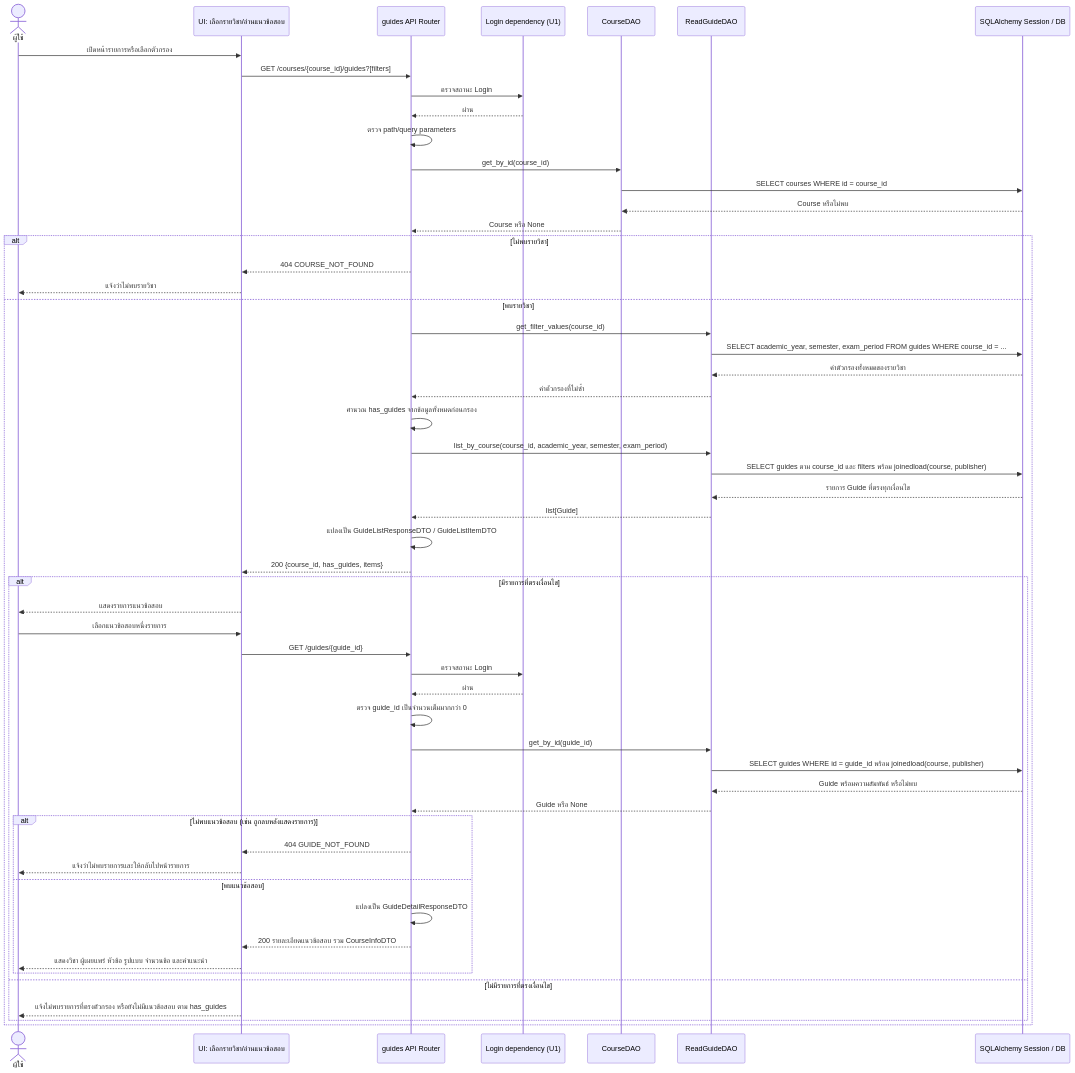
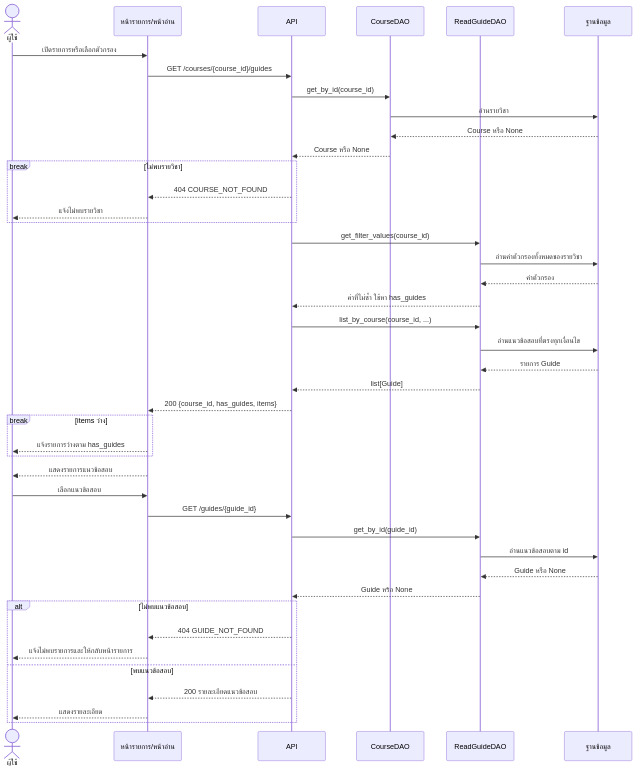
One commit to Lilieay/CS261-Group4-Project changed the diagram in docs/U3/Task37-sequence-diagram.md. Above: the diagram before and after it, drawn with Mermaid. The commit also changed other lines of this file, not shown here.

Commit message:
docs: simplify and clarify task 37 sequence diagram

````diff
--- a/docs/U3/Task37-sequence-diagram.md
+++ b/docs/U3/Task37-sequence-diagram.md
@@ -25,60 +11,48 @@
 ```mermaid
 sequenceDiagram
     actor User as ผู้ใช้
-    participant UI as UI: เลือกรายวิชา/อ่านแนวข้อสอบ
-    participant API as guides API Router
-    participant Auth as Login dependency (U1)
+    participant UI as หน้ารายการ/หน้าอ่าน
+    participant API as API
     participant CDAO as CourseDAO
     participant GDAO as ReadGuideDAO
-    participant DB as SQLAlchemy Session / DB
+    participant DB as ฐานข้อมูล
 
-    User->>UI: เปิดหน้ารายการหรือเลือกตัวกรอง
-    UI->>API: GET /courses/{course_id}/guides?[filters]
-    API->>Auth: ตรวจสถานะ Login
-    Auth-->>API: ผ่าน
-    API->>API: ตรวจ path/query parameters
+    User->>UI: เปิดรายการหรือเลือกตัวกรอง
+    UI->>API: GET /courses/{course_id}/guides
     API->>CDAO: get_by_id(course_id)
-    CDAO->>DB: SELECT courses WHERE id = course_id
-    DB-->>CDAO: Course หรือไม่พบ
+    CDAO->>DB: อ่านรายวิชา
+    DB-->>CDAO: Course หรือ None
     CDAO-->>API: Course หรือ None
+    break ไม่พบรายวิชา
+        API-->>UI: 404 COURSE_NOT_FOUND
+        UI-->>User: แจ้งไม่พบรายวิชา
+    end
 
-    alt ไม่พบรายวิชา
-        API-->>UI: 404 COURSE_NOT_FOUND
-        UI-->>User: แจ้งว่าไม่พบรายวิชา
-    else พบรายวิชา
-        API->>GDAO: get_filter_values(course_id)
-        GDAO->>DB: SELECT academic_year, semester, exam_period FROM guides WHERE course_id = ...
-        DB-->>GDAO: ค่าตัวกรองทั้งหมดของรายวิชา
-        GDAO-->>API: ค่าตัวกรองที่ไม่ซ้ำ
-        API->>API: คำนวณ has_guides จากข้อมูลทั้งหมดก่อนกรอง
-        API->>GDAO: list_by_course(course_id, academic_year, semester, exam_period)
-        GDAO->>DB: SELECT guides ตาม course_id และ filters พร้อม joinedload(course, publisher)
-        DB-->>GDAO: รายการ Guide ที่ตรงทุกเงื่อนไข
-        GDAO-->>API: list[Guide]
-        API->>API: แปลงเป็น GuideListResponseDTO / GuideListItemDTO
-        API-->>UI: 200 {course_id, has_guides, items}
+    API->>GDAO: get_filter_values(course_id)
+    GDAO->>DB: อ่านค่าตัวกรองทั้งหมดของรายวิชา
+    DB-->>GDAO: ค่าตัวกรอง
+    GDAO-->>API: ค่าที่ไม่ซ้ำ ใช้หา has_guides
+    API->>GDAO: list_by_course(course_id, ...)
+    GDAO->>DB: อ่านแนวข้อสอบที่ตรงทุกเงื่อนไข
+    DB-->>GDAO: รายการ Guide
+    GDAO-->>API: list[Guide]
+    API-->>UI: 200 {course_id, has_guides, items}
+    break items ว่าง
+        UI-->>User: แจ้งรายการว่างตาม has_guides
+    end
+    UI-->>User: แสดงรายการแนวข้อสอบ
 
-        alt มีรายการที่ตรงเงื่อนไข
-            UI-->>User: แสดงรายการแนวข้อสอบ
-            User->>UI: เลือกแนวข้อสอบหนึ่งรายการ
-            UI->>API: GET /guides/{guide_id}
-            API->>Auth: ตรวจสถานะ Login
-            Auth-->>API: ผ่าน
-            API->>API: ตรวจ guide_id เป็นจำนวนเต็มมากกว่า 0
-            API->>GDAO: get_by_id(guide_id)
-            GDAO->>DB: SELECT guides WHERE id = guide_id พร้อม joinedload(course, publisher)
-            DB-->>GDAO: Guide พร้อมความสัมพันธ์ หรือไม่พบ
-            GDAO-->>API: Guide หรือ None
-            alt ไม่พบแนวข้อสอบ (เช่น ถูกลบหลังแสดงรายการ)
-                API-->>UI: 404 GUIDE_NOT_FOUND
-                UI-->>User: แจ้งว่าไม่พบรายการและให้กลับไปหน้ารายการ
-            else พบแนวข้อสอบ
-                API->>API: แปลงเป็น GuideDetailResponseDTO
-                API-->>UI: 200 รายละเอียดแนวข้อสอบ รวม CourseInfoDTO
-                UI-->>User: แสดงวิชา ผู้เผยแพร่ หัวข้อ รูปแบบ จำนวนข้อ และคำแนะนำ
-            end
-        else ไม่มีรายการที่ตรงเงื่อนไข
-            UI-->>User: แจ้งไม่พบรายการที่ตรงตัวกรอง หรือยังไม่มีแนวข้อสอบ ตาม has_guides
-        end
+    User->>UI: เลือกแนวข้อสอบ
+    UI->>API: GET /guides/{guide_id}
+    API->>GDAO: get_by_id(guide_id)
+    GDAO->>DB: อ่านแนวข้อสอบตาม id
+    DB-->>GDAO: Guide หรือ None
+    GDAO-->>API: Guide หรือ None
+    alt ไม่พบแนวข้อสอบ
+        API-->>UI: 404 GUIDE_NOT_FOUND
+        UI-->>User: แจ้งไม่พบรายการและให้กลับหน้ารายการ
+    else พบแนวข้อสอบ
+        API-->>UI: 200 รายละเอียดแนวข้อสอบ
+        UI-->>User: แสดงรายละเอียด
     end
 ```
````
